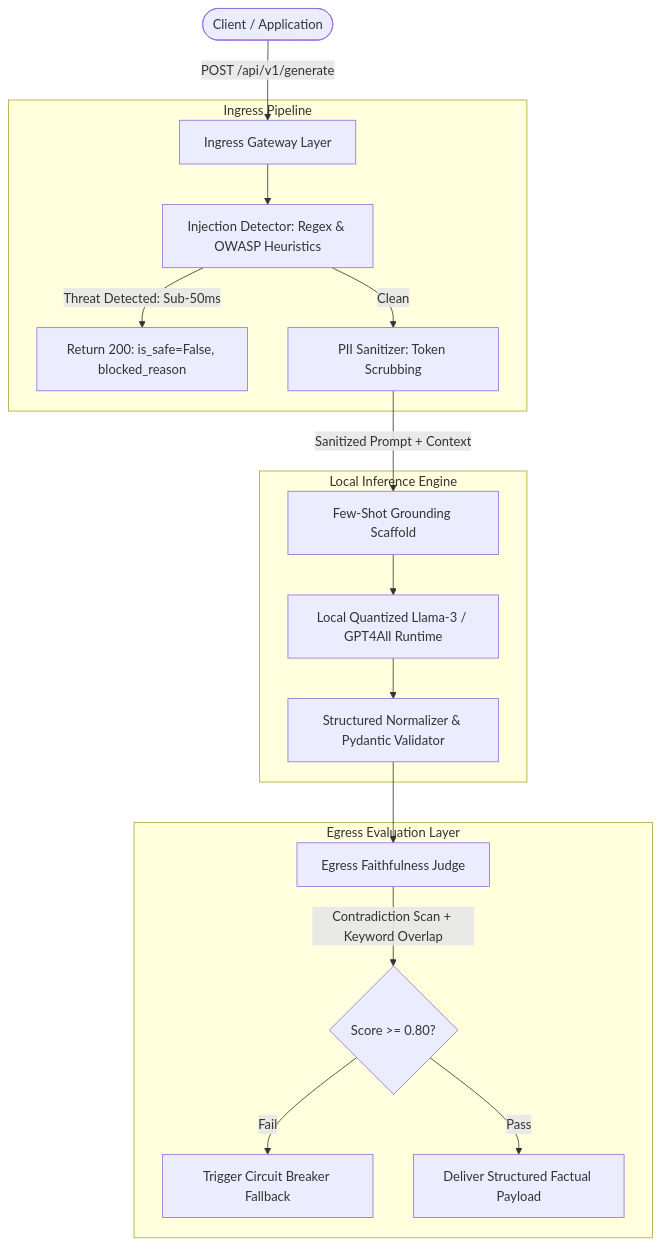
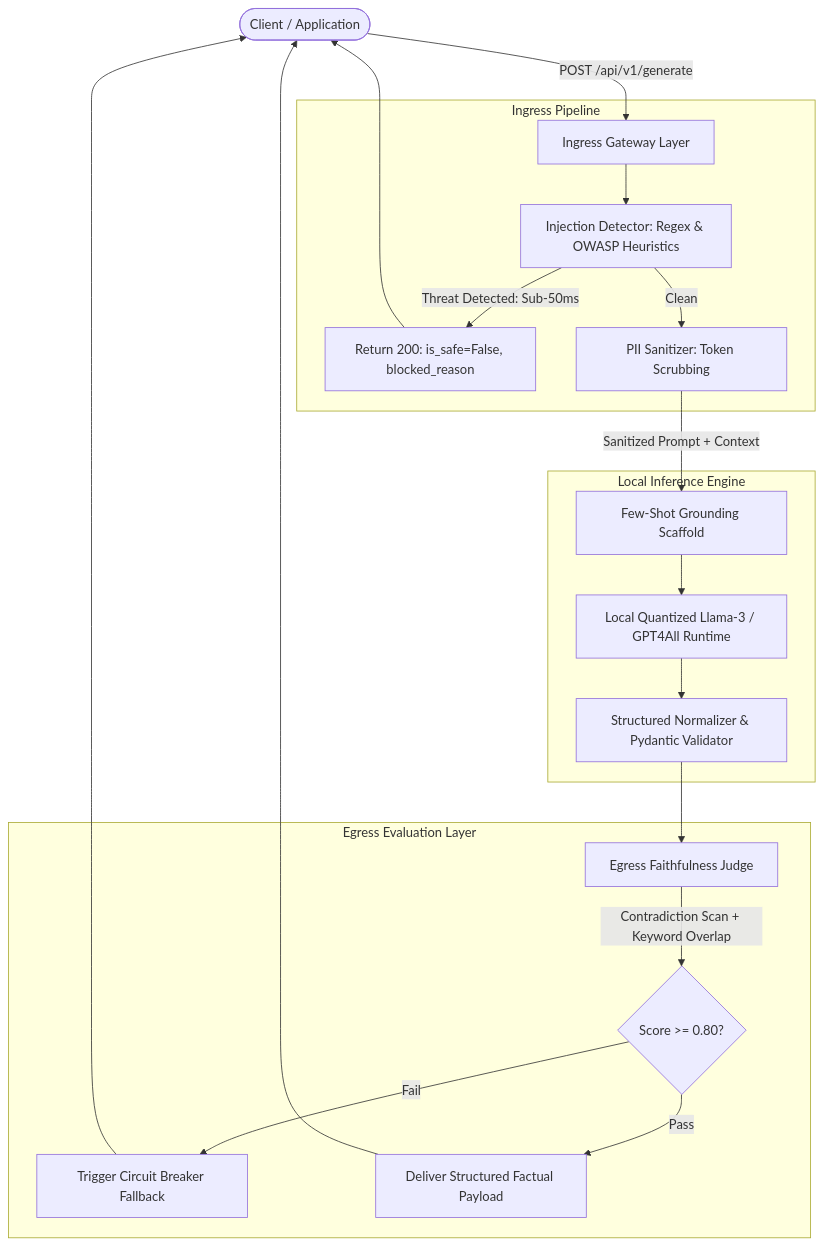
Before and after one commit to mkmanoj30/LLM-Guardrail-Automated-Evaluation-Gateway: the diagram in README.md, drawn with Mermaid. The commit also changed other lines of this file, not shown here.

````diff
--- a/README.md
+++ b/README.md
@@ -21,23 +21,27 @@
 ```mermaid
 flowchart TD
     Client([Client / Application]) -->|POST /api/v1/generate| Ingress[Ingress Gateway Layer]
     
     subgraph Ingress Pipeline
         Ingress --> ID[Injection Detector: Regex & OWASP Heuristics]
         ID -->|Threat Detected: Sub-50ms| Reject[Return 200: is_safe=False, blocked_reason]
         ID -->|Clean| PII[PII Sanitizer: Token Scrubbing]
     end
     
     subgraph Local Inference Engine
         PII -->|Sanitized Prompt + Context| PromptEng[Few-Shot Grounding Scaffold]
         PromptEng --> Model[Local Quantized Llama-3 / GPT4All Runtime]
         Model --> Parser[Structured Normalizer & Pydantic Validator]
     end
     
     subgraph Egress Evaluation Layer
         Parser --> EgressJudge[Egress Faithfulness Judge]
         EgressJudge -->|Contradiction Scan + Keyword Overlap| ThresholdCheck{Score >= 0.80?}
         ThresholdCheck -->|Fail| CircuitBreaker[Trigger Circuit Breaker Fallback]
         ThresholdCheck -->|Pass| Success[Deliver Structured Factual Payload]
     end
+
+    Reject --> Client
+    CircuitBreaker --> Client
+    Success --> Client
 ```
````
